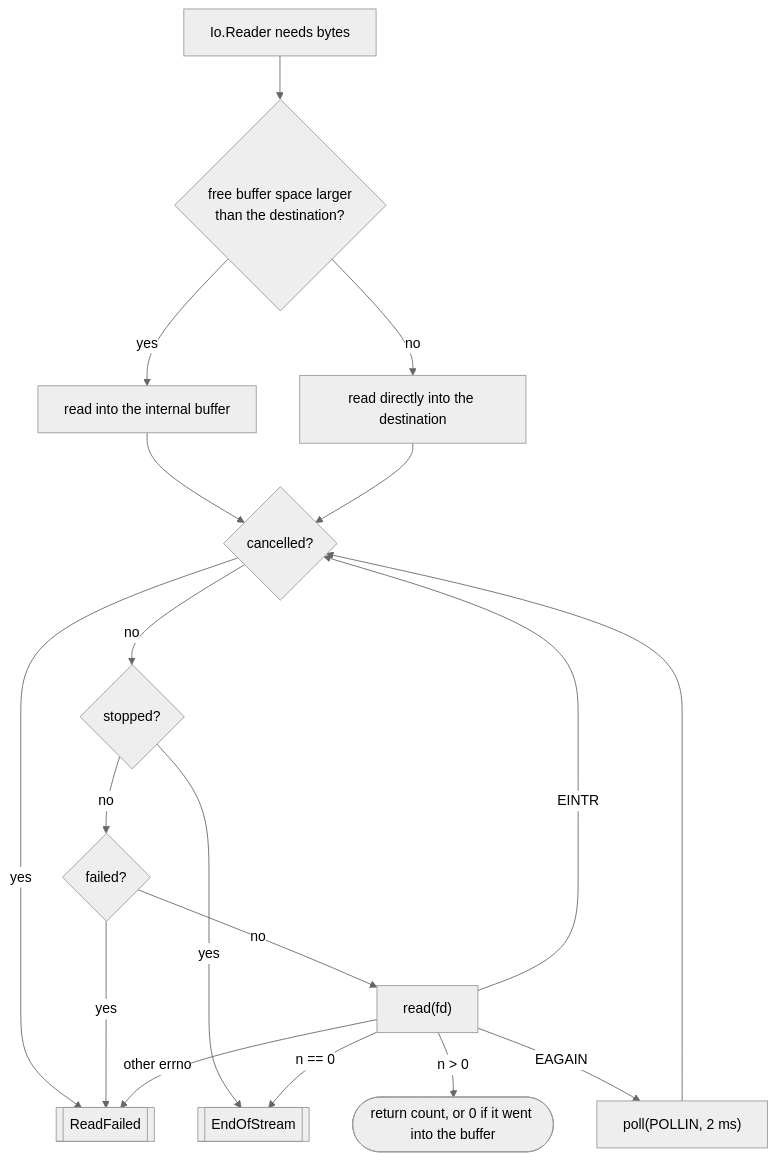
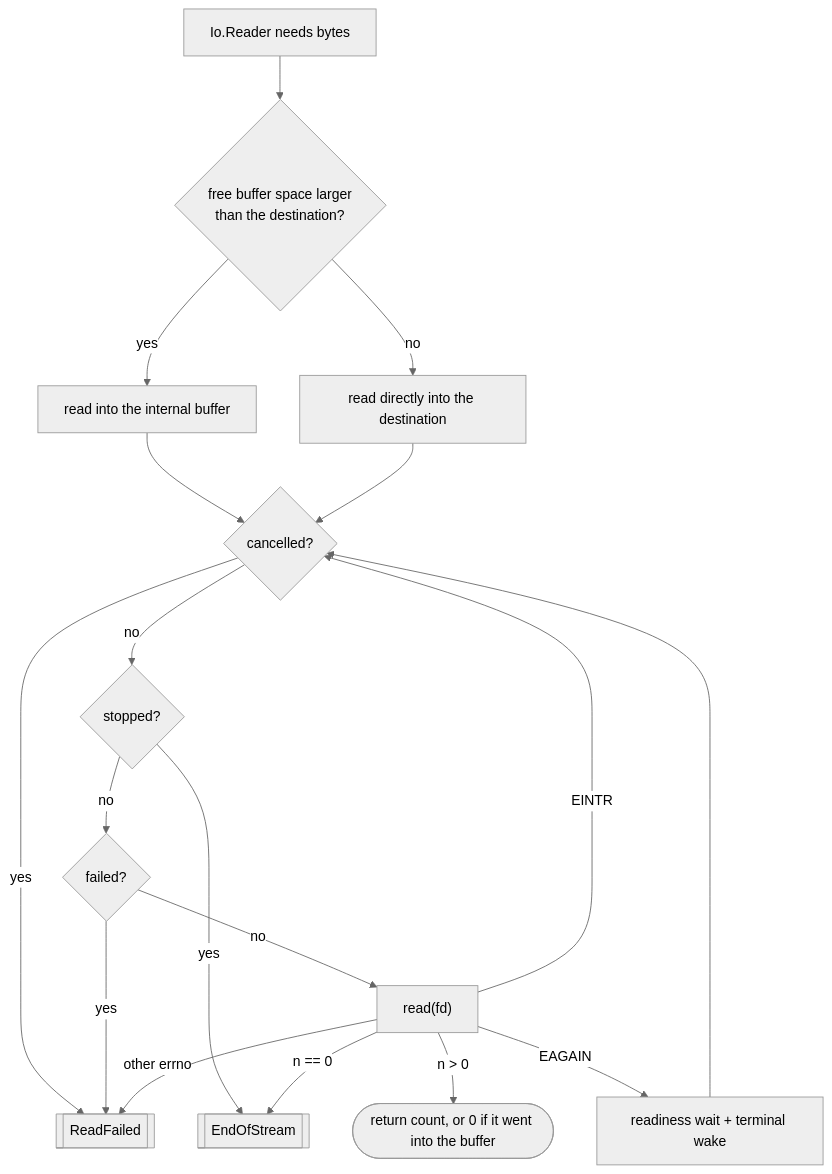
Before and after one commit to cipher-rc5/claude_agent_zig: the third of 4 diagrams in docs/transport.md, drawn with Mermaid (neutral theme). The commit also changed other lines of this file and 27 other files, not shown here.

````diff
--- a/docs/transport.md
+++ b/docs/transport.md
@@ -102,19 +108,19 @@
 ```mermaid
 flowchart TD
     A["Io.Reader needs bytes"] --> B{"free buffer space larger<br/>than the destination?"}
     B -- yes --> B1["read into the internal buffer"]
     B -- no --> B2["read directly into the destination"]
     B1 --> L
     B2 --> L
     L{"cancelled?"} -- yes --> RF[["ReadFailed"]]
     L -- no --> S{"stopped?"}
     S -- yes --> EOS[["EndOfStream"]]
     S -- no --> FF{"failed?"}
     FF -- yes --> RF
     FF -- no --> R["read(fd)"]
     R -- "n > 0" --> OK(["return count, or 0 if it went into the buffer"])
     R -- "n == 0" --> EOS
     R -- "EINTR" --> L
-    R -- "EAGAIN" --> P["poll(POLLIN, 2 ms)"] --> L
+    R -- "EAGAIN" --> P["readiness wait + terminal wake"] --> L
     R -- "other errno" --> RF
 ```
````
